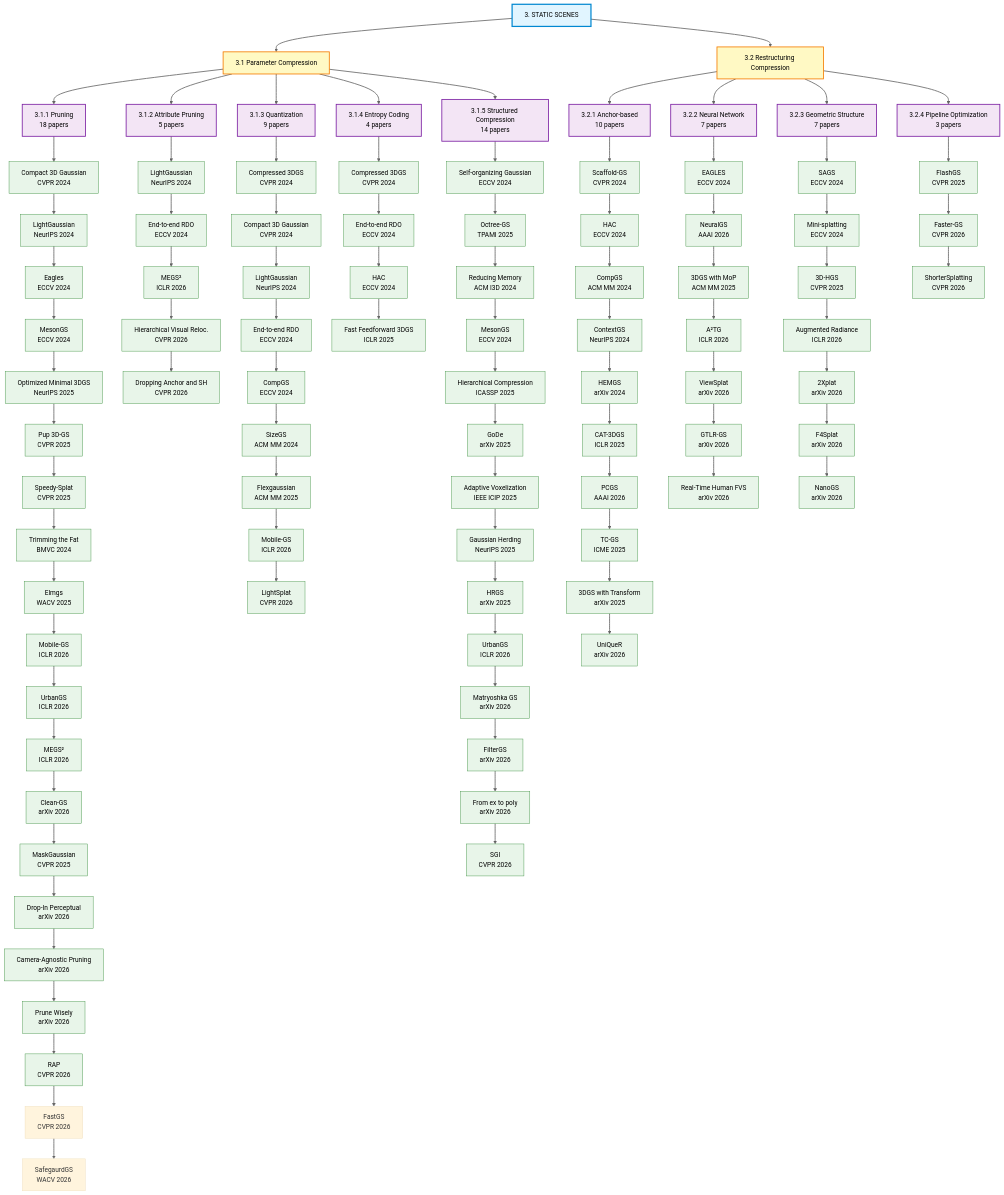
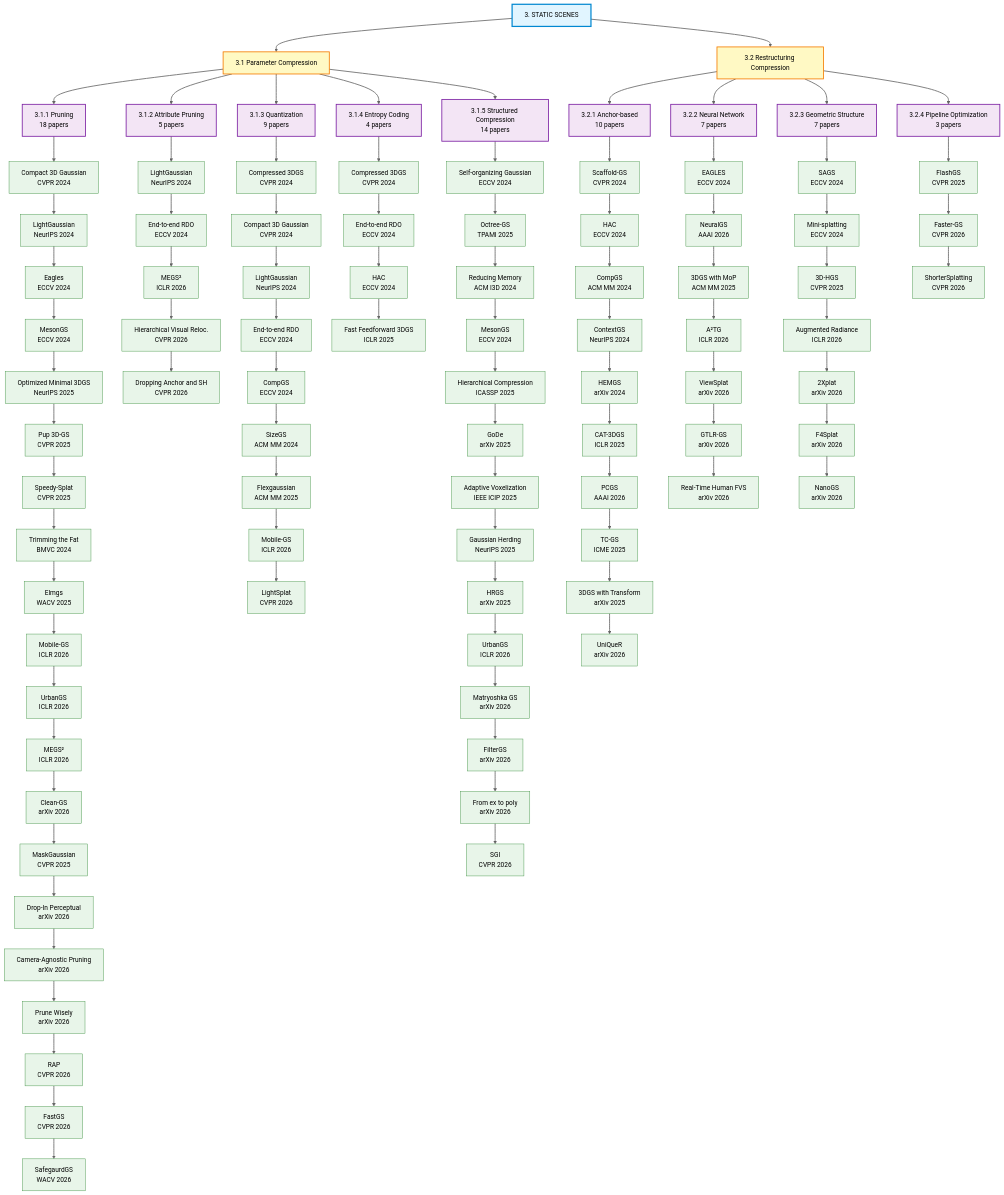
The diagram in img/static_papers.mermaid (CMLab-Korea/Awesome-Efficient-GS), drawn with Mermaid (base theme) before and after one commit.

```diff
--- a/img/static_papers.mermaid
+++ b/img/static_papers.mermaid
@@ -1,135 +1,135 @@
 graph TB
     Static[3. STATIC SCENES]
 
     %% Main Categories
     Static --> PC[3.1 Parameter Compression]
     Static --> RC[3.2 Restructuring Compression]
 
     %% Parameter Compression Subcategories
     PC --> Pruning[3.1.1 Pruning<br/>18 papers]
     PC --> AttrPruning[3.1.2 Attribute Pruning<br/>5 papers]
     PC --> Quant[3.1.3 Quantization<br/>9 papers]
     PC --> Entropy[3.1.4 Entropy Coding<br/>4 papers]
     PC --> Structured[3.1.5 Structured Compression<br/>14 papers]
 
     %% Pruning papers - vertical layout
     Pruning --> P1[Compact 3D Gaussian<br/>CVPR 2024]
     P1 --> P2[LightGaussian<br/>NeurIPS 2024]
     P2 --> P3[Eagles<br/>ECCV 2024]
     P3 --> P4[MesonGS<br/>ECCV 2024]
     P4 --> P5[Optimized Minimal 3DGS<br/>NeurIPS 2025]
     P5 --> P6[Pup 3D-GS<br/>CVPR 2025]
     P6 --> P7[Speedy-Splat<br/>CVPR 2025]
     P7 --> P8[Trimming the Fat<br/>BMVC 2024]
     P8 --> P9[Elmgs<br/>WACV 2025]
     P9 --> P10[Mobile-GS<br/>ICLR 2026]
     P10 --> P11[UrbanGS<br/>ICLR 2026]
     P11 --> P12[MEGS²<br/>ICLR 2026]
     P12 --> P13[Clean-GS<br/>arXiv 2026]
     P13 --> P14[MaskGaussian<br/>CVPR 2025]
     P14 --> P15[Drop-In Perceptual<br/>arXiv 2026]
     P15 --> P16[Camera-Agnostic Pruning<br/>arXiv 2026]
     P16 --> P17[Prune Wisely<br/>arXiv 2026]
     P17 --> P18[RAP<br/>CVPR 2026]
     P18 --> P19[FastGS<br/>CVPR 2026]
     P19 --> P20[SafegaurdGS<br/>WACV 2026]
 
     %% Attribute Pruning papers - vertical layout
     AttrPruning --> AP1[LightGaussian<br/>NeurIPS 2024]
     AP1 --> AP2[End-to-end RDO<br/>ECCV 2024]
     AP2 --> AP3[MEGS²<br/>ICLR 2026]
     AP3 --> AP4[Hierarchical Visual Reloc.<br/>CVPR 2026]
     AP4 --> AP5[Dropping Anchor and SH<br/>CVPR 2026]
 
     %% Quantization papers - vertical layout
     Quant --> Q1[Compressed 3DGS<br/>CVPR 2024]
     Q1 --> Q2[Compact 3D Gaussian<br/>CVPR 2024]
     Q2 --> Q3[LightGaussian<br/>NeurIPS 2024]
     Q3 --> Q4[End-to-end RDO<br/>ECCV 2024]
     Q4 --> Q5[CompGS<br/>ECCV 2024]
     Q5 --> Q6[SizeGS<br/>ACM MM 2024]
     Q6 --> Q7[Flexgaussian<br/>ACM MM 2025]
     Q7 --> Q8[Mobile-GS<br/>ICLR 2026]
     Q8 --> Q9[LightSplat<br/>CVPR 2026]
 
     %% Entropy Coding papers - vertical layout
     Entropy --> E1[Compressed 3DGS<br/>CVPR 2024]
     E1 --> E2[End-to-end RDO<br/>ECCV 2024]
     E2 --> E3[HAC<br/>ECCV 2024]
     E3 --> E4[Fast Feedforward 3DGS<br/>ICLR 2025]
 
     %% Structured Compression papers - vertical layout
     Structured --> S1[Self-organizing Gaussian<br/>ECCV 2024]
     S1 --> S2[Octree-GS<br/>TPAMI 2025]
     S2 --> S3[Reducing Memory<br/>ACM I3D 2024]
     S3 --> S4[MesonGS<br/>ECCV 2024]
     S4 --> S5[Hierarchical Compression<br/>ICASSP 2025]
     S5 --> S6[GoDe<br/>arXiv 2025]
     S6 --> S7[Adaptive Voxelization<br/>IEEE ICIP 2025]
     S7 --> S8[Gaussian Herding<br/>NeurIPS 2025]
     S8 --> S9[HRGS<br/>arXiv 2025]
     S9 --> S10[UrbanGS<br/>ICLR 2026]
     S10 --> S11[Matryoshka GS<br/>arXiv 2026]
     S11 --> S12[FilterGS<br/>arXiv 2026]
     S12 --> S13[From ex to poly<br/>arXiv 2026]
     S13 --> S14[SGI<br/>CVPR 2026]
 
     %% Restructuring Compression Subcategories
     RC --> Anchor[3.2.1 Anchor-based<br/>10 papers]
     RC --> Neural[3.2.2 Neural Network<br/>7 papers]
     RC --> Geometric[3.2.3 Geometric Structure<br/>7 papers]
     RC --> Pipeline[3.2.4 Pipeline Optimization<br/>3 papers]
 
     %% Anchor-based papers - vertical layout
     Anchor --> A1[Scaffold-GS<br/>CVPR 2024]
     A1 --> A2[HAC<br/>ECCV 2024]
     A2 --> A3[CompGS<br/>ACM MM 2024]
     A3 --> A4[ContextGS<br/>NeurIPS 2024]
     A4 --> A5[HEMGS<br/>arXiv 2024]
     A5 --> A6[CAT-3DGS<br/>ICLR 2025]
     A6 --> A7[PCGS<br/>AAAI 2026]
     A7 --> A8[TC-GS<br/>ICME 2025]
     A8 --> A9[3DGS with Transform<br/>arXiv 2025]
     A9 --> A10[UniQueR<br/>arXiv 2026]
 
     %% Neural Network papers - vertical layout
     Neural --> N1[EAGLES<br/>ECCV 2024]
     N1 --> N2[NeuralGS<br/>AAAI 2026]
     N2 --> N3[3DGS with MoP<br/>ACM MM 2025]
     N3 --> N4[A²TG<br/>ICLR 2026]
     N4 --> N5[ViewSplat<br/>arXiv 2026]
     N5 --> N6[GTLR-GS<br/>arXiv 2026]
     N6 --> N7[Real-Time Human FVS<br/>arXiv 2026]
 
     %% Geometric papers - vertical layout
     Geometric --> G1[SAGS<br/>ECCV 2024]
     G1 --> G2[Mini-splatting<br/>ECCV 2024]
     G2 --> G3[3D-HGS<br/>CVPR 2025]
     G3 --> G4[Augmented Radiance<br/>ICLR 2026]
     G4 --> G5[2Xplat<br/>arXiv 2026]
     G5 --> G6[F4Splat<br/>arXiv 2026]
     G6 --> G7[NanoGS<br/>arXiv 2026]
 
     %% Pipeline Optimization papers - vertical layout
     Pipeline --> PO1[FlashGS<br/>CVPR 2025]
     PO1 --> PO2[Faster-GS<br/>CVPR 2026]
     PO2 --> PO3[ShorterSplatting<br/>CVPR 2026]
 
     %% Styling
     classDef rootClass fill:#e1f5ff,stroke:#0288d1,stroke-width:3px,color:#000
     classDef categoryClass fill:#fff9c4,stroke:#f57c00,stroke-width:2px,color:#000
     classDef subcategoryClass fill:#f3e5f5,stroke:#7b1fa2,stroke-width:2px,color:#000
     classDef paperClass fill:#e8f5e9,stroke:#388e3c,stroke-width:1px,color:#000
 
     class Static rootClass
     class PC,RC categoryClass
     class Pruning,AttrPruning,Quant,Entropy,Structured,Anchor,Neural,Geometric,Pipeline subcategoryClass
-    class P1,P2,P3,P4,P5,P6,P7,P8,P9,P10,P11,P12,P13,P14,P15,P16,P17,P18 paperClass
+    class P1,P2,P3,P4,P5,P6,P7,P8,P9,P10,P11,P12,P13,P14,P15,P16,P17,P18,P19,P20 paperClass
     class AP1,AP2,AP3,AP4,AP5,Q1,Q2,Q3,Q4,Q5,Q6,Q7,Q8,Q9 paperClass
     class E1,E2,E3,E4,S1,S2,S3,S4,S5,S6,S7,S8,S9,S10,S11,S12,S13,S14 paperClass
     class A1,A2,A3,A4,A5,A6,A7,A8,A9,A10 paperClass
     class N1,N2,N3,N4,N5,N6,N7,G1,G2,G3,G4,G5,G6,G7 paperClass
     class PO1,PO2,PO3 paperClass
 
     %% Link styling for dark mode visibility
     linkStyle default stroke:#666,stroke-width:2px
```
